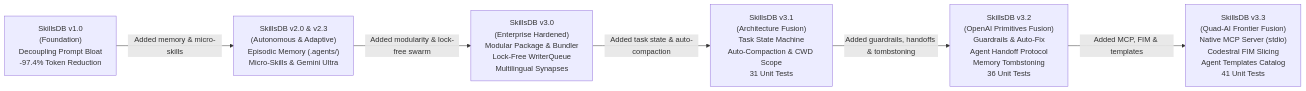
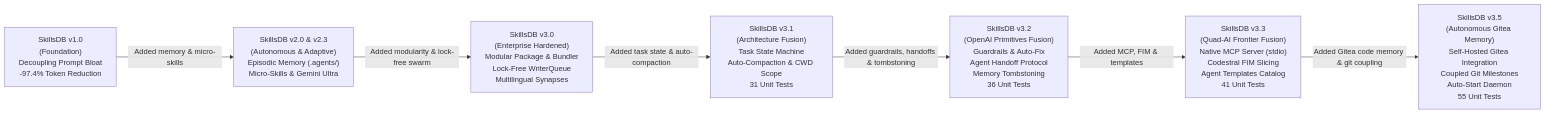
One commit to scorpion421/skillsdb changed the fifth of 5 diagrams in README.md. Above: the diagram before and after it, drawn with Mermaid. The commit also changed other lines of this file, not shown here.

Commit message:
Milestone: docs(readme): comprehensive documentation for v3.5 Gitea integration, CLI reference, and architecture

````diff
--- a/README.md
+++ b/README.md
@@ -394,15 +413,17 @@
 ```mermaid
 flowchart LR
     V1["SkillsDB v1.0\n(Foundation)\nDecoupling Prompt Bloat\n-97.4% Token Reduction"]
     V2["SkillsDB v2.0 & v2.3\n(Autonomous & Adaptive)\nEpisodic Memory (.agents/)\nMicro-Skills & Gemini Ultra"]
     V3["SkillsDB v3.0\n(Enterprise Hardened)\nModular Package & Bundler\nLock-Free WriterQueue\nMultilingual Synapses"]
     V4["SkillsDB v3.1\n(Architecture Fusion)\nTask State Machine\nAuto-Compaction & CWD Scope\n31 Unit Tests"]
     V5["SkillsDB v3.2\n(OpenAI Primitives Fusion)\nGuardrails & Auto-Fix\nAgent Handoff Protocol\nMemory Tombstoning\n36 Unit Tests"]
     V6["SkillsDB v3.3\n(Quad-AI Frontier Fusion)\nNative MCP Server (stdio)\nCodestral FIM Slicing\nAgent Templates Catalog\n41 Unit Tests"]
+    V7["SkillsDB v3.5\n(Autonomous Gitea Memory)\nSelf-Hosted Gitea Integration\nCoupled Git Milestones\nAuto-Start Daemon\n55 Unit Tests"]
 
     V1 -->|"Added memory & micro-skills"| V2
     V2 -->|"Added modularity & lock-free swarm"| V3
     V3 -->|"Added task state & auto-compaction"| V4
     V4 -->|"Added guardrails, handoffs & tombstoning"| V5
     V5 -->|"Added MCP, FIM & templates"| V6
+    V6 -->|"Added Gitea code memory & git coupling"| V7
 ```
````
